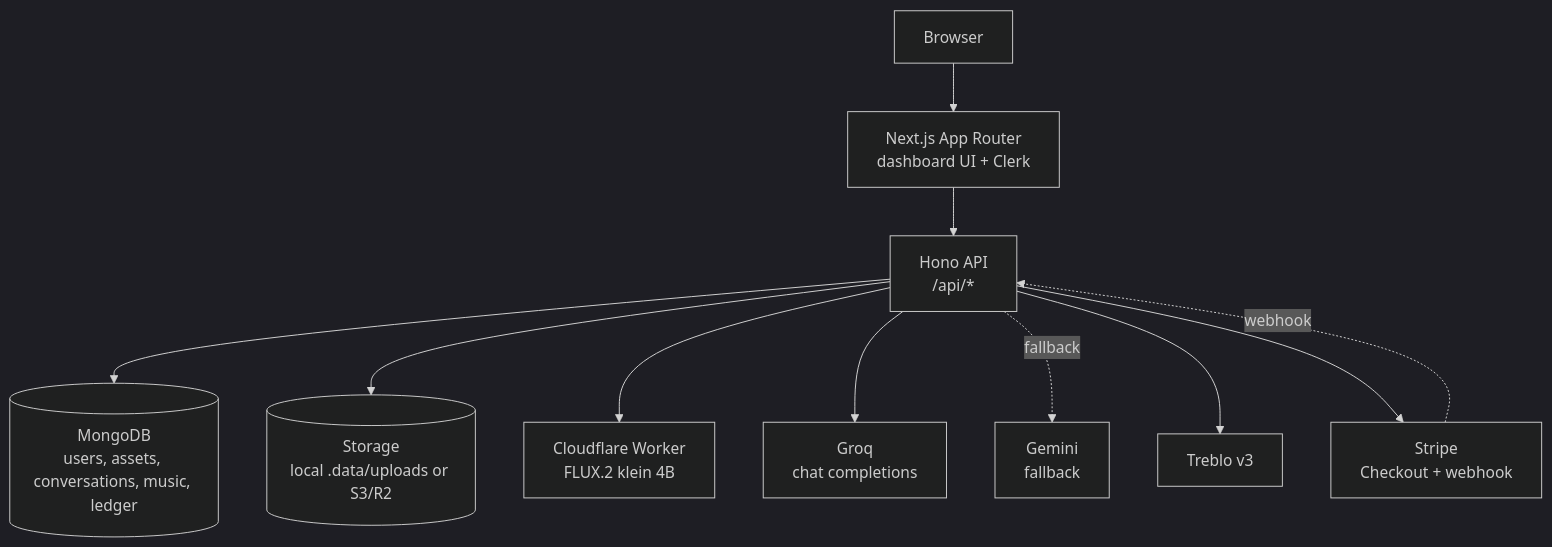
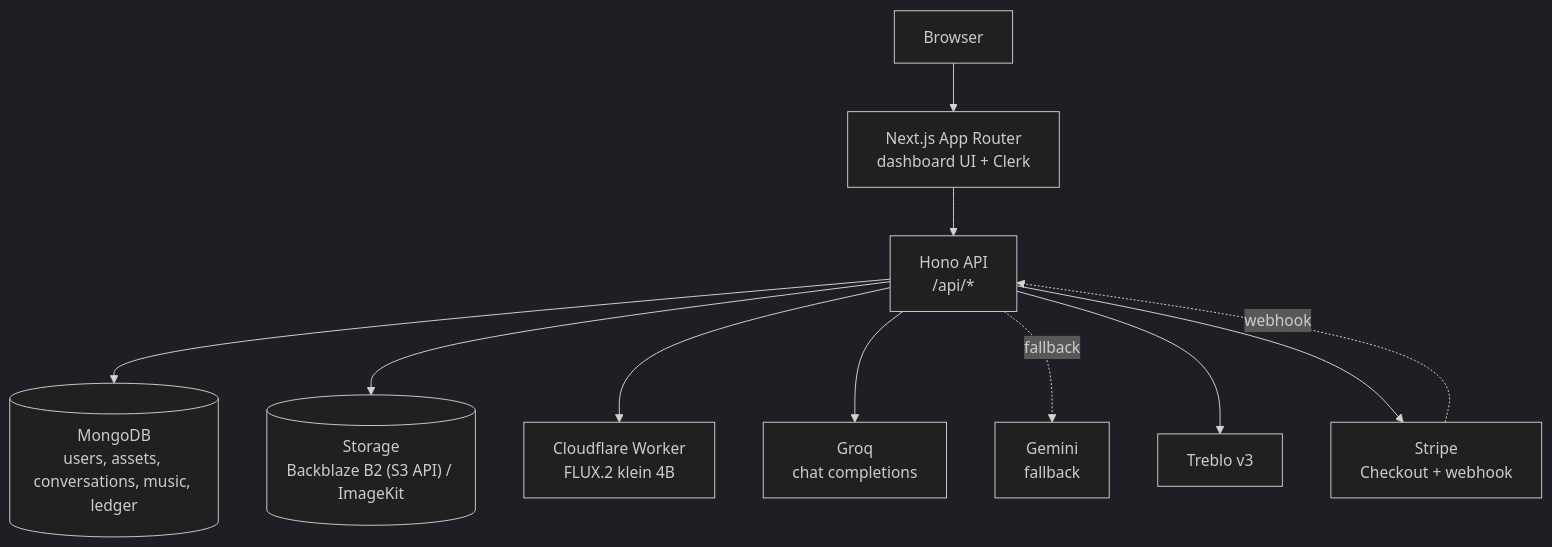
One commit to ni3420/vision changed the diagram in README.md. Above: the diagram before and after it, drawn with Mermaid (dark theme). The commit also changed other lines of this file and 7 other files, not shown here.

Commit message:
feat: enhance image generation and storage configuration with Backblaze B2 support

````diff
--- a/README.md
+++ b/README.md
@@ -32,24 +32,24 @@
 ```mermaid
 flowchart TD
     User["Browser"]
     Next["Next.js App Router<br/>dashboard UI + Clerk"]
     API["Hono API<br/>/api/*"]
     DB[("MongoDB<br/>users, assets, conversations, music, ledger")]
-    Store[("Storage<br/>local .data/uploads or S3/R2")]
+    Store[("Storage<br/>Backblaze B2 (S3 API) / ImageKit")]
     CF["Cloudflare Worker<br/>FLUX.2 klein 4B"]
     Groq["Groq<br/>chat completions"]
     Gemini["Gemini<br/>fallback"]
     Treblo["Treblo v3"]
     Stripe["Stripe<br/>Checkout + webhook"]
 
     User --> Next
     Next --> API
     API --> DB
     API --> Store
     API --> CF
     API --> Groq
     API -. fallback .-> Gemini
     API --> Treblo
     API --> Stripe
     Stripe -. webhook .-> API
 ```
````
